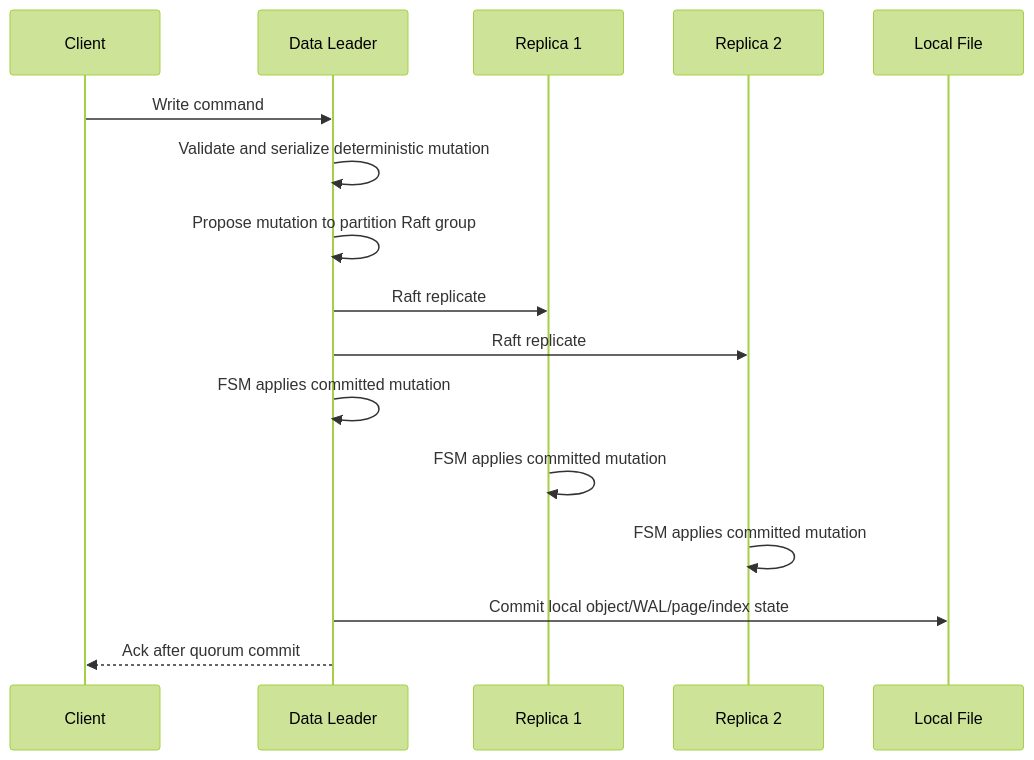
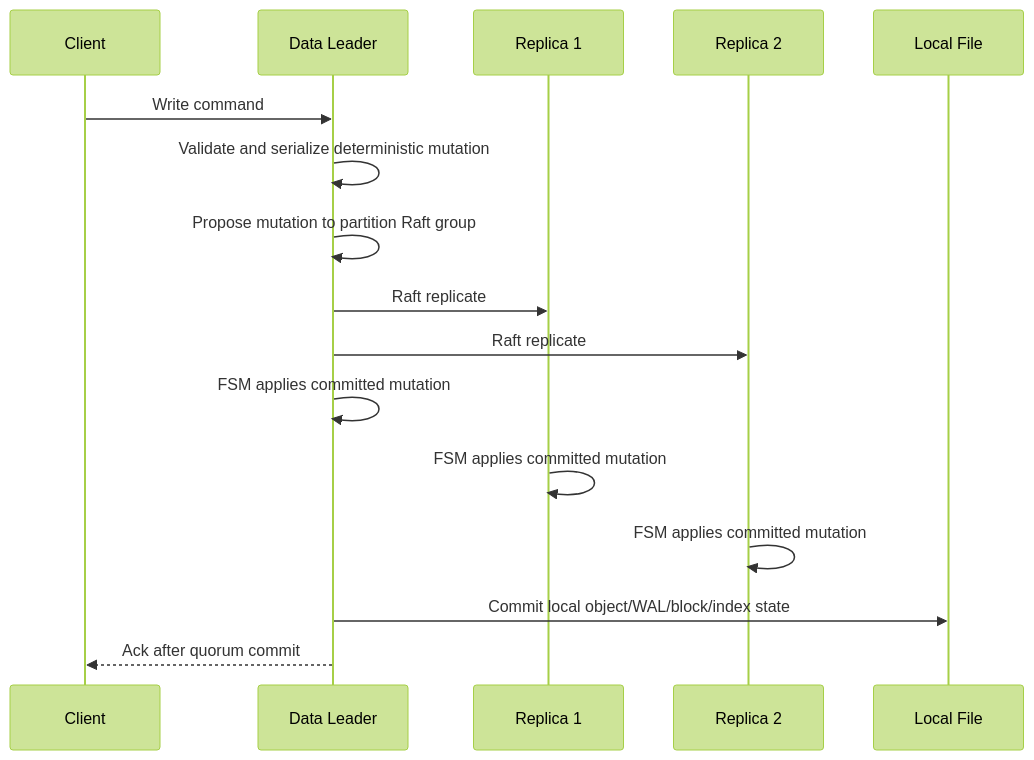
The diagram in docs/data_node_raft_replication_design.md (matrixarkai/TemporalStore), drawn with Mermaid (forest theme) before and after one commit. The commit also changed other lines of this file and 20 other files, not shown here.

````diff
--- a/docs/data_node_raft_replication_design.md
+++ b/docs/data_node_raft_replication_design.md
@@ -42,19 +42,19 @@
 ```mermaid
 sequenceDiagram
   participant C as Client
   participant L as Data Leader
   participant R1 as Replica 1
   participant R2 as Replica 2
   participant D as Local File
 
   C->>L: Write command
   L->>L: Validate and serialize deterministic mutation
   L->>L: Propose mutation to partition Raft group
   L->>R1: Raft replicate
   L->>R2: Raft replicate
   L->>L: FSM applies committed mutation
   R1->>R1: FSM applies committed mutation
   R2->>R2: FSM applies committed mutation
-  L->>D: Commit local object/WAL/page/index state
+  L->>D: Commit local object/WAL/block/index state
   L-->>C: Ack after quorum commit
 ```
````
